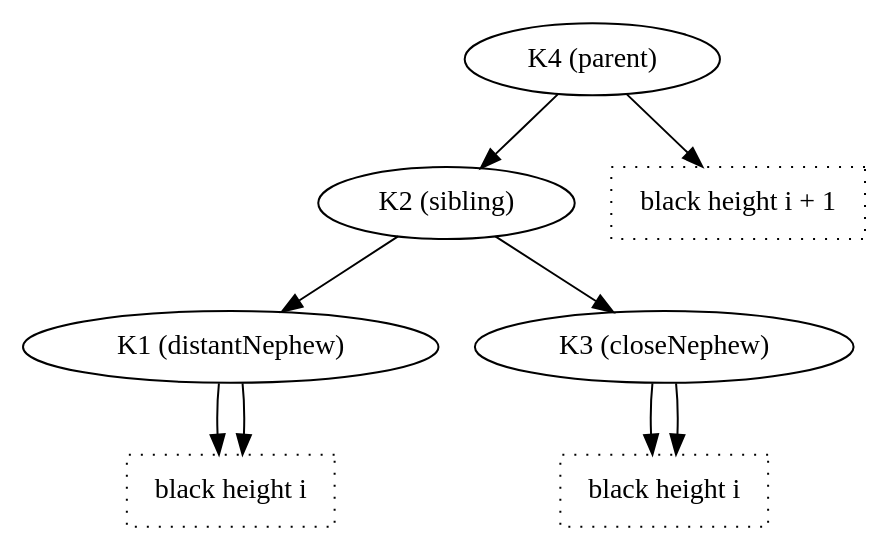
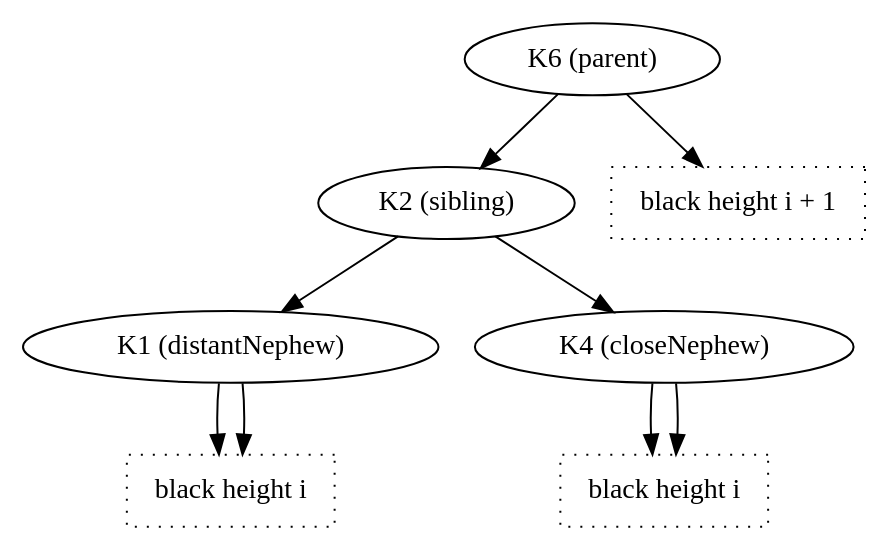
One commit to nasa/fprime changed the diagram in Fw/DataStructures/docs/diagrams/removeBlackLeafNode/all-black-1.dot. Above: the diagram before and after it, drawn with Graphviz. The commit also changed 5 other files, not shown here.

```diff
--- a/Fw/DataStructures/docs/diagrams/removeBlackLeafNode/all-black-1.dot
+++ b/Fw/DataStructures/docs/diagrams/removeBlackLeafNode/all-black-1.dot
@@ -1,23 +1,23 @@
 digraph {
 
-  K4 -> K2
-  K4 -> BH1
+  K6 -> K2
+  K6 -> BH1
   K2 -> K1
-  K2 -> K3
+  K2 -> K4
 
   K1 -> BH2
   K1 -> BH2
 
-  K3 -> BH3
-  K3 -> BH3
+  K4 -> BH3
+  K4 -> BH3
 
   K1 [label="K1 (distantNephew)"]
   K2 [label="K2 (sibling)"]
-  K3 [label="K3 (closeNephew)"]
-  K4 [label="K4 (parent)"]
+  K4 [label="K4 (closeNephew)"]
+  K6 [label="K6 (parent)"]
 
   BH1 [shape="box",label="black height i + 1",style="dotted",fontname="Italic"]
   BH2 [shape="box",label="black height i",style="dotted",fontname="Italic"]
   BH3 [shape="box",label="black height i",style="dotted",fontname="Italic"]
 
 }
```
